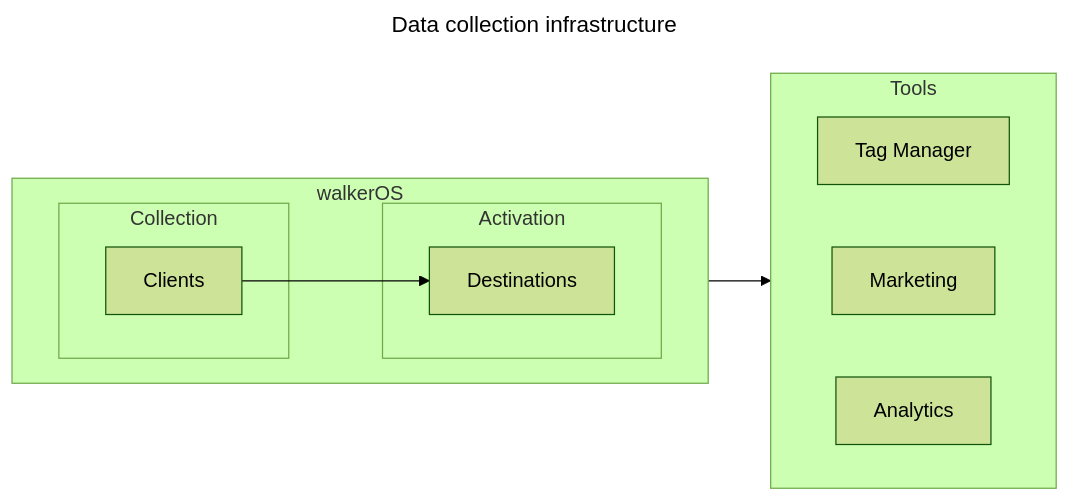
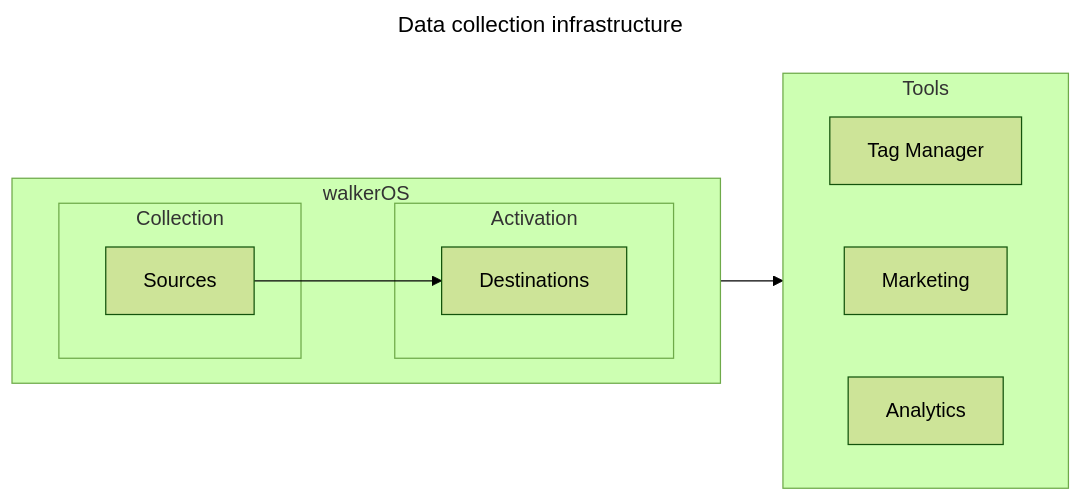
One commit to elbwalker/walkerOS changed the first of 2 diagrams in website/docs/walkeros/index.mdx. Above: the diagram before and after it, drawn with Mermaid (forest theme). The commit also changed other lines of this file and 34 other files, not shown here.

Commit message:
clients to sources

````diff
--- a/website/docs/walkeros/index.mdx
+++ b/website/docs/walkeros/index.mdx
@@ -52,26 +52,26 @@
 ```mermaid
 ---
 title: Data collection infrastructure
 ---
 flowchart LR
   subgraph walkerOS
     direction LR
     subgraph Collection
-        Clients
+        Sources
     end
     subgraph Activation
         Destinations
     end
     %%Utils
   end
   subgraph Tools
     direction LR
     tag["Tag Manager"]
     marketing["Marketing"]
     analytics["Analytics"]
   end
-  Clients --> Destinations
+  Sources --> Destinations
   Destinations --> Tools
-  click Clients "/docs/clients/"
+  click Sources "/docs/sources/"
   click Destinations "/docs/destinations/"
 ```
````
